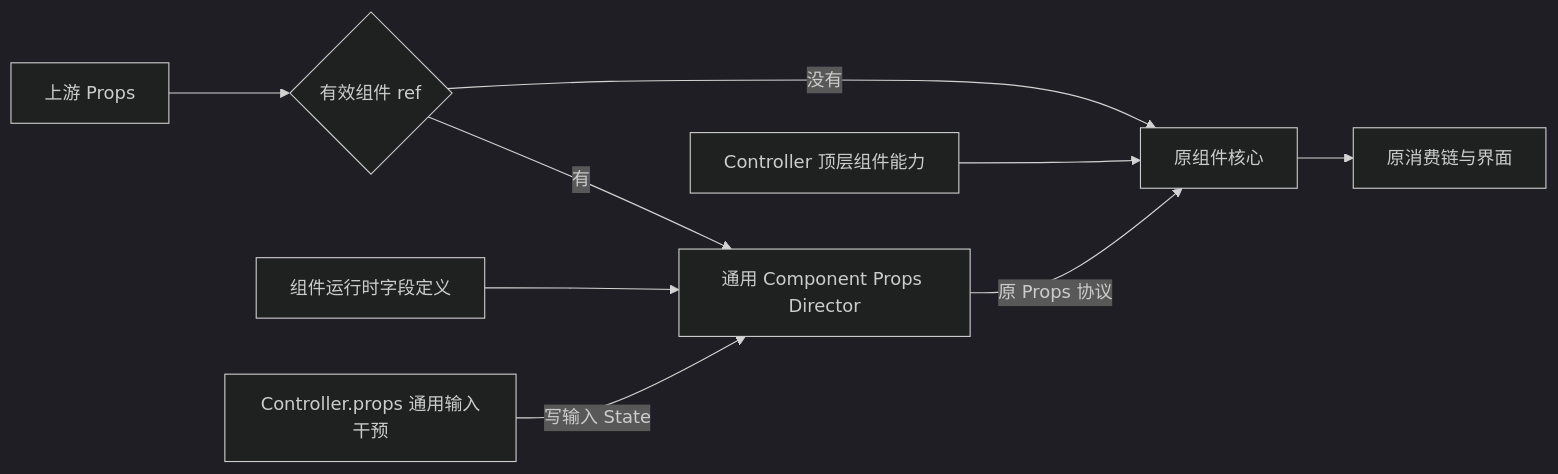
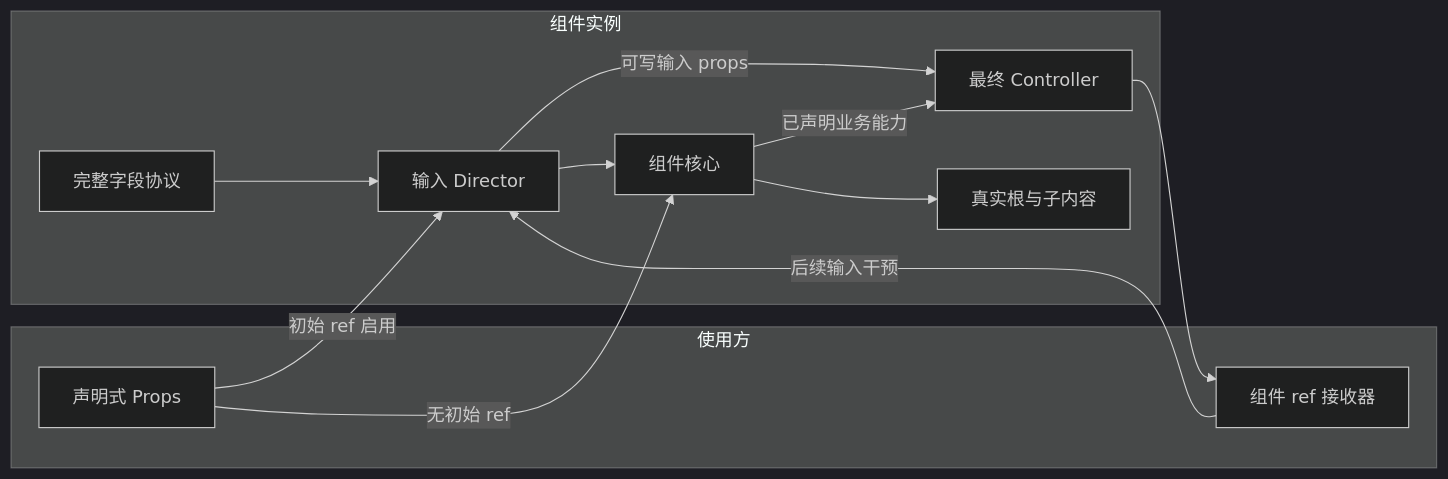
Before and after one commit to edsolater/uikit: the diagram in docs/guide/组件Props与Controller状态.md, drawn with Mermaid (dark theme). The commit also changed other lines of this file and 159 other files, not shown here.

````diff
--- a/docs/guide/组件Props与Controller状态.md
+++ b/docs/guide/组件Props与Controller状态.md
@@ -9,11 +64,23 @@
 ```mermaid
 flowchart LR
-  P[上游 Props] --> G{有效组件 ref}
-  G -->|没有| K[原组件核心]
-  G -->|有| H[通用 Component Props Director]
-  F[组件运行时字段定义] --> H
-  C[Controller.props 通用输入干预] -->|写输入 State| H
-  A[Controller 顶层组件能力] --> K
-  H -->|原 Props 协议| K
-  K --> D[原消费链与界面]
+  subgraph Application[使用方]
+    P[声明式 Props]
+    R[组件 ref 接收器]
+  end
+  subgraph Component[组件实例]
+    H[输入 Director]
+    K[组件核心]
+    C[最终 Controller]
+    D[真实根与子内容]
+    F[完整字段协议]
+    F --> H
+    H --> K
+    K --> D
+    H -->|可写输入 props| C
+    K -->|已声明业务能力| C
+  end
+  P -->|初始 ref 启用| H
+  P -->|无初始 ref| K
+  C --> R
+  R -->|后续输入干预| H
 ```
````
